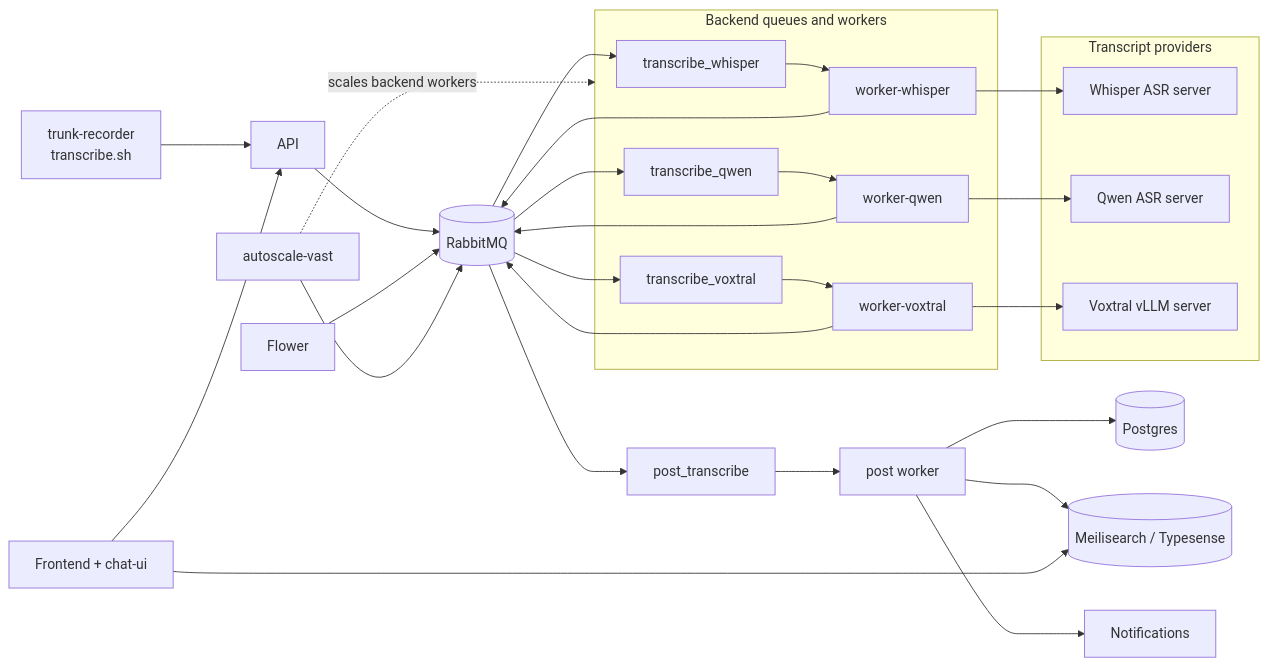
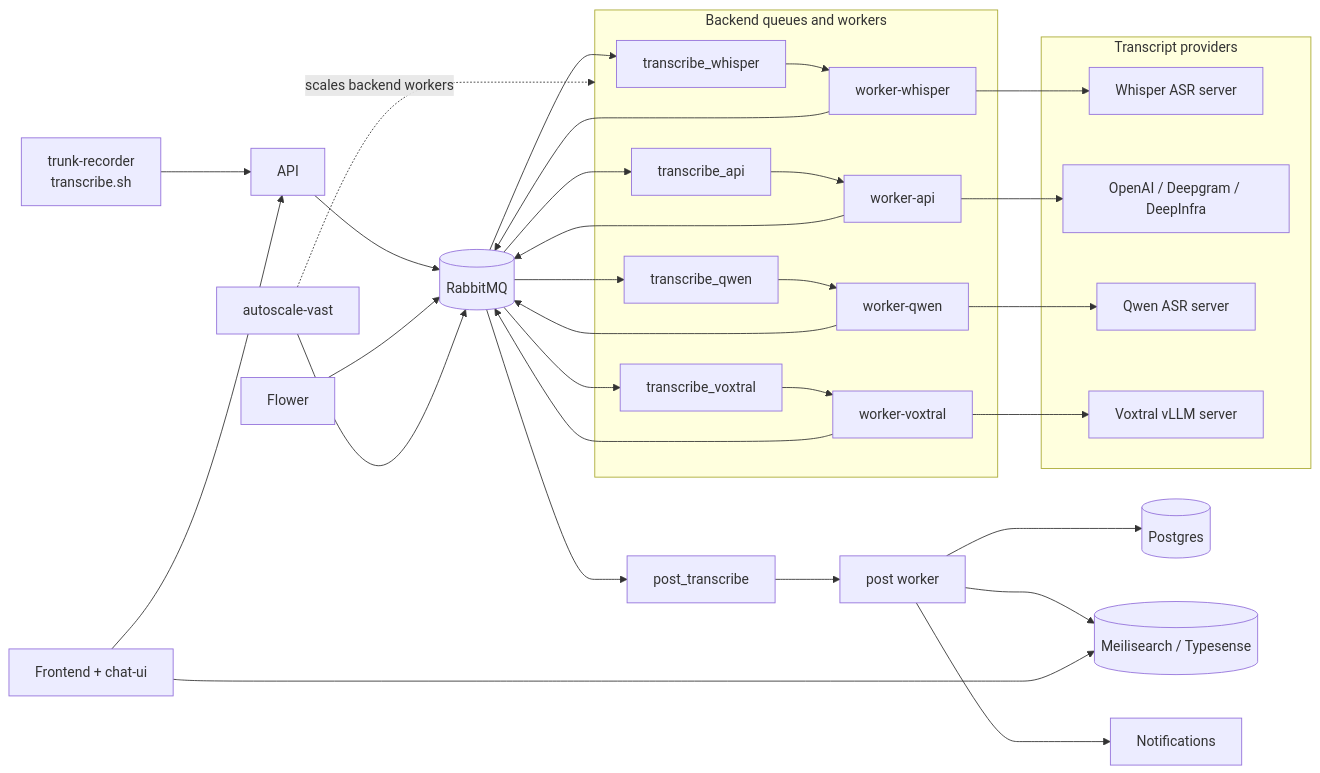
One commit to CrimeIsDown/trunk-transcribe changed the first of 2 diagrams in docs/architecture.md. Above: the diagram before and after it, drawn with Mermaid. The commit also changed other lines of this file and 14 other files, not shown here.

````diff
--- a/docs/architecture.md
+++ b/docs/architecture.md
@@ -7,49 +7,54 @@
 ```mermaid
 flowchart LR
     TR[trunk-recorder<br/>transcribe.sh]
     API[API]
     RMQ[(RabbitMQ)]
 
     subgraph BW[Backend queues and workers]
         QW[transcribe_whisper]
+        QA[transcribe_api]
         QQ[transcribe_qwen]
         QV[transcribe_voxtral]
         WP[worker-whisper]
+        WA[worker-api]
         WQ[worker-qwen]
         WV[worker-voxtral]
     end
 
     subgraph ASR[Transcript providers]
         SW[Whisper ASR server]
+        SA[OpenAI / Deepgram / DeepInfra]
         SQ[Qwen ASR server]
         SV[Voxtral vLLM server]
     end
 
     PQ[post_transcribe]
     POST[post worker]
     DB[(Postgres)]
     SEARCH[(Meilisearch / Typesense)]
     UI[Frontend + chat-ui]
     NOTIFY[Notifications]
     FLOWER[Flower]
     AUTO[autoscale-vast]
 
     TR --> API --> RMQ
     RMQ --> QW --> WP --> SW
+    RMQ --> QA --> WA --> SA
     RMQ --> QQ --> WQ --> SQ
     RMQ --> QV --> WV --> SV
 
     WP --> RMQ
+    WA --> RMQ
     WQ --> RMQ
     WV --> RMQ
     RMQ --> PQ --> POST
 
     POST --> DB
     POST --> SEARCH
     POST --> NOTIFY
     UI --> API
     UI --> SEARCH
     FLOWER --> RMQ
     AUTO --> RMQ
     AUTO -. scales backend workers .-> BW
 ```
````
